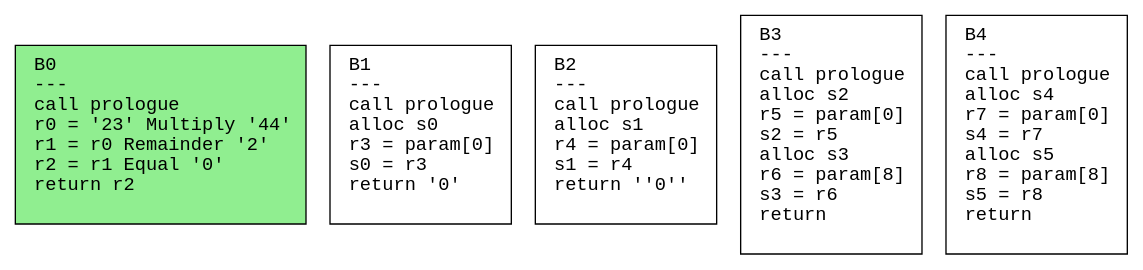
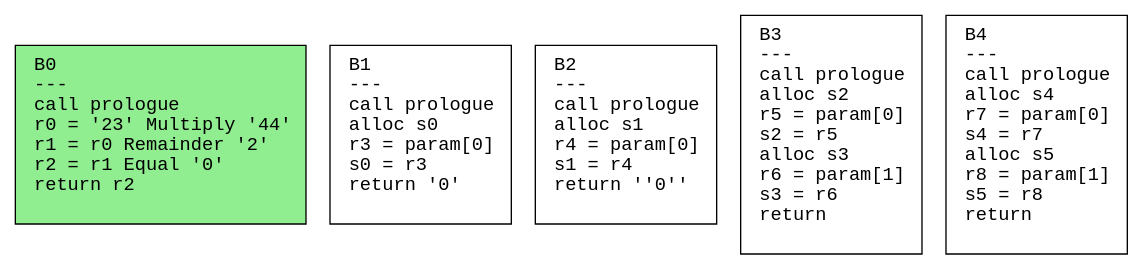
One commit to safarislava/ProcTranslator changed the diagram in output/bool.dot. Above: the diagram before and after it, drawn with Graphviz. The commit also changed 38 other files, not shown here.

```diff
--- a/output/bool.dot
+++ b/output/bool.dot
@@ -1,12 +1,12 @@
 digraph CFG {
   rankdir=TB;
   node [shape=box, fontname="Courier", style=filled, fillcolor=white, margin="0.2,0.1"];
   edge [fontname="Courier"];
 
   "B0" [label="B0\l---\lcall prologue\lr0 = '23' Multiply '44'\lr1 = r0 Remainder '2'\lr2 = r1 Equal '0'\lreturn r2\l "];
   "B1" [label="B1\l---\lcall prologue\lalloc s0\lr3 = param[0]\ls0 = r3\lreturn '0'\l "];
   "B2" [label="B2\l---\lcall prologue\lalloc s1\lr4 = param[0]\ls1 = r4\lreturn ''0''\l "];
-  "B3" [label="B3\l---\lcall prologue\lalloc s2\lr5 = param[0]\ls2 = r5\lalloc s3\lr6 = param[8]\ls3 = r6\lreturn\l "];
-  "B4" [label="B4\l---\lcall prologue\lalloc s4\lr7 = param[0]\ls4 = r7\lalloc s5\lr8 = param[8]\ls5 = r8\lreturn\l "];
+  "B3" [label="B3\l---\lcall prologue\lalloc s2\lr5 = param[0]\ls2 = r5\lalloc s3\lr6 = param[1]\ls3 = r6\lreturn\l "];
+  "B4" [label="B4\l---\lcall prologue\lalloc s4\lr7 = param[0]\ls4 = r7\lalloc s5\lr8 = param[1]\ls5 = r8\lreturn\l "];
   "B0" [fillcolor=lightgreen];
 }
```
